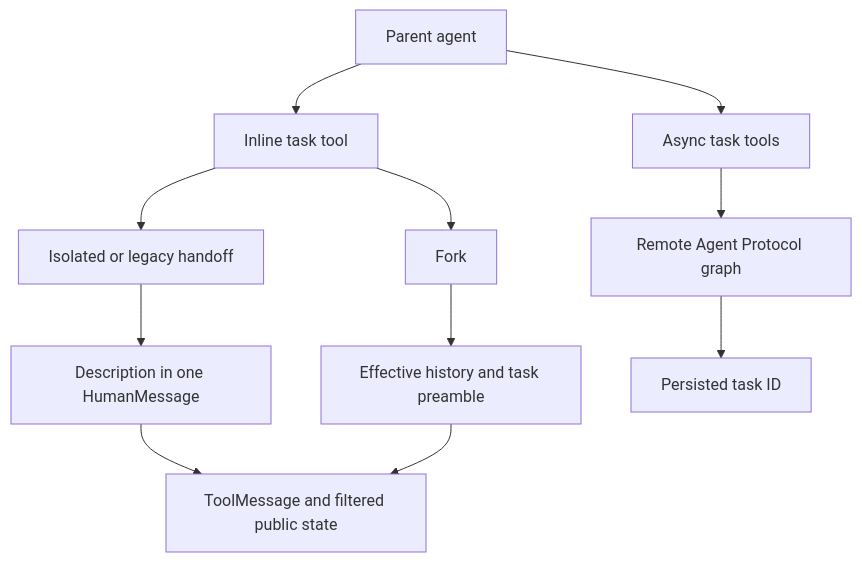
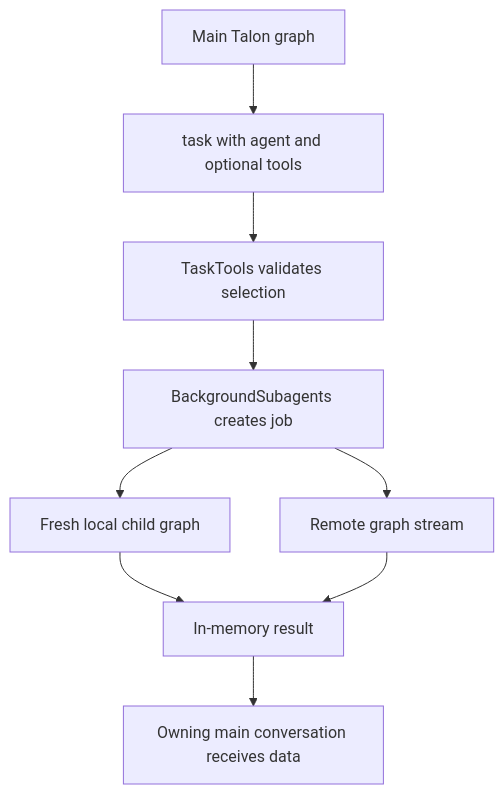
The first of 2 diagrams in openwiki/concepts/subagents-skills.md (langchain-ai/deepagents), drawn with Mermaid before and after one commit. The commit also changed other lines of this file and 27 other files, not shown here.

````diff
--- a/openwiki/concepts/subagents-skills.md
+++ b/openwiki/concepts/subagents-skills.md
@@ -57,13 +43,11 @@
 ```mermaid
 flowchart TD
-    Parent["Parent agent"] --> Task["Inline task tool"]
-    Task --> Isolated["Isolated or legacy handoff"]
-    Task --> Fork["Fork"]
-    Isolated --> Fresh["Description in one HumanMessage"]
-    Fork --> Context["Effective history and task preamble"]
-    Fresh --> Reply["ToolMessage and filtered public state"]
-    Context --> Reply
-    Parent --> AsyncTools["Async task tools"]
-    AsyncTools --> Remote["Remote Agent Protocol graph"]
-    Remote --> Handle["Persisted task ID"]
+    Parent["Main Talon graph"] --> Select["task with agent and optional tools"]
+    Select --> Boundary["TaskTools validates selection"]
+    Boundary --> Queue["BackgroundSubagents creates job"]
+    Queue --> Local["Fresh local child graph"]
+    Queue --> Remote["Remote graph stream"]
+    Local --> Result["In-memory result"]
+    Remote --> Result
+    Result --> NextTurn["Owning main conversation receives data"]
 ```
````
